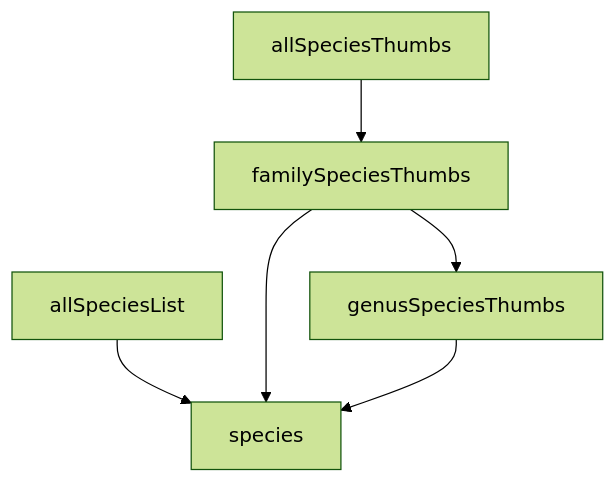
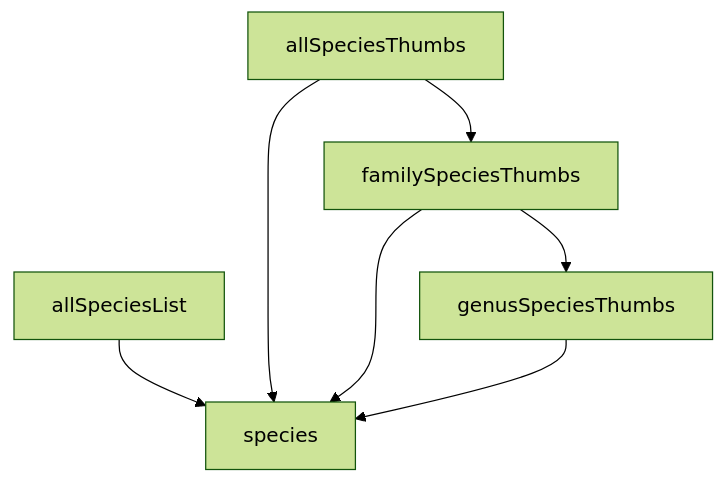
One commit to mpfl/nudis changed the diagram in design/site-layout.md. Above: the diagram before and after it, drawn with Mermaid (forest theme). The commit also changed 2 other files, not shown here.

Commit message:
Fix site layout, add citation information

````diff
--- a/design/site-layout.md
+++ b/design/site-layout.md
@@ -3,8 +3,9 @@
 ```mermaid
     graph TD;
         allSpeciesList-->species;
         allSpeciesThumbs-->familySpeciesThumbs;
+        allSpeciesThumbs-->species;
         familySpeciesThumbs-->species;
         familySpeciesThumbs-->genusSpeciesThumbs;
         genusSpeciesThumbs-->species;
 ```
````
